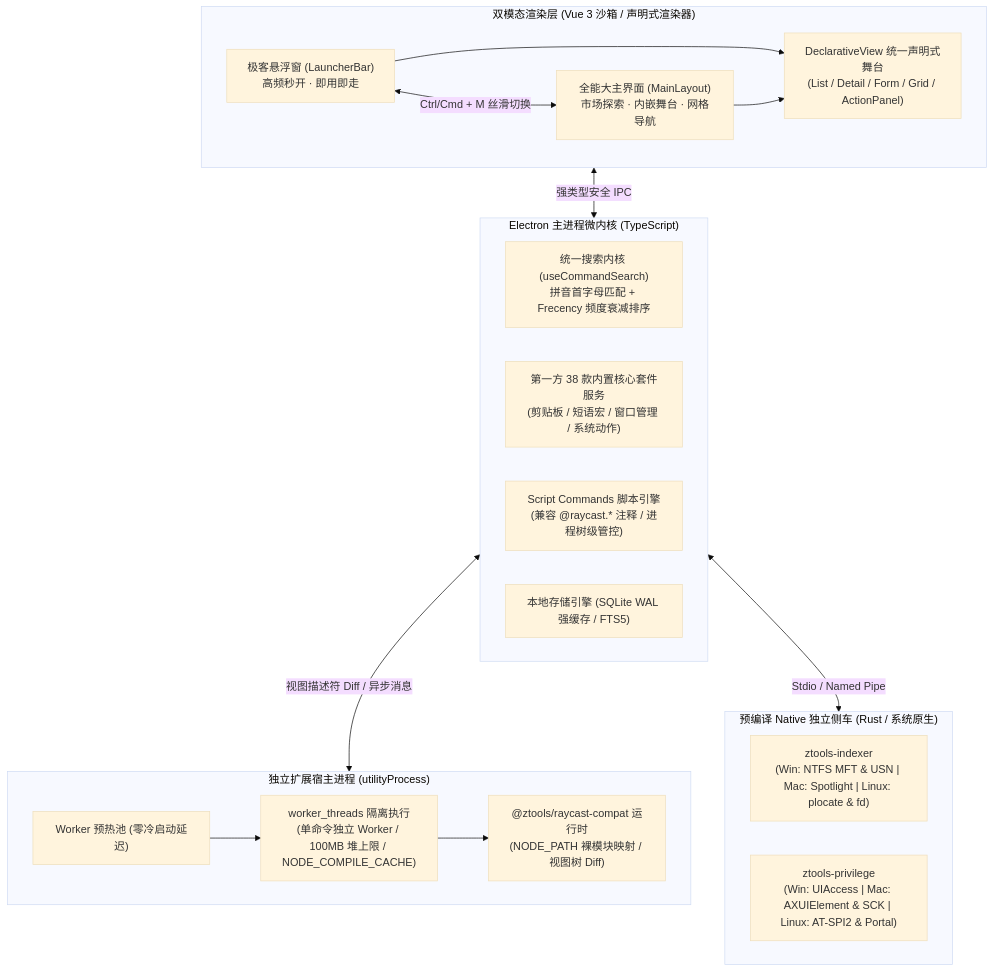
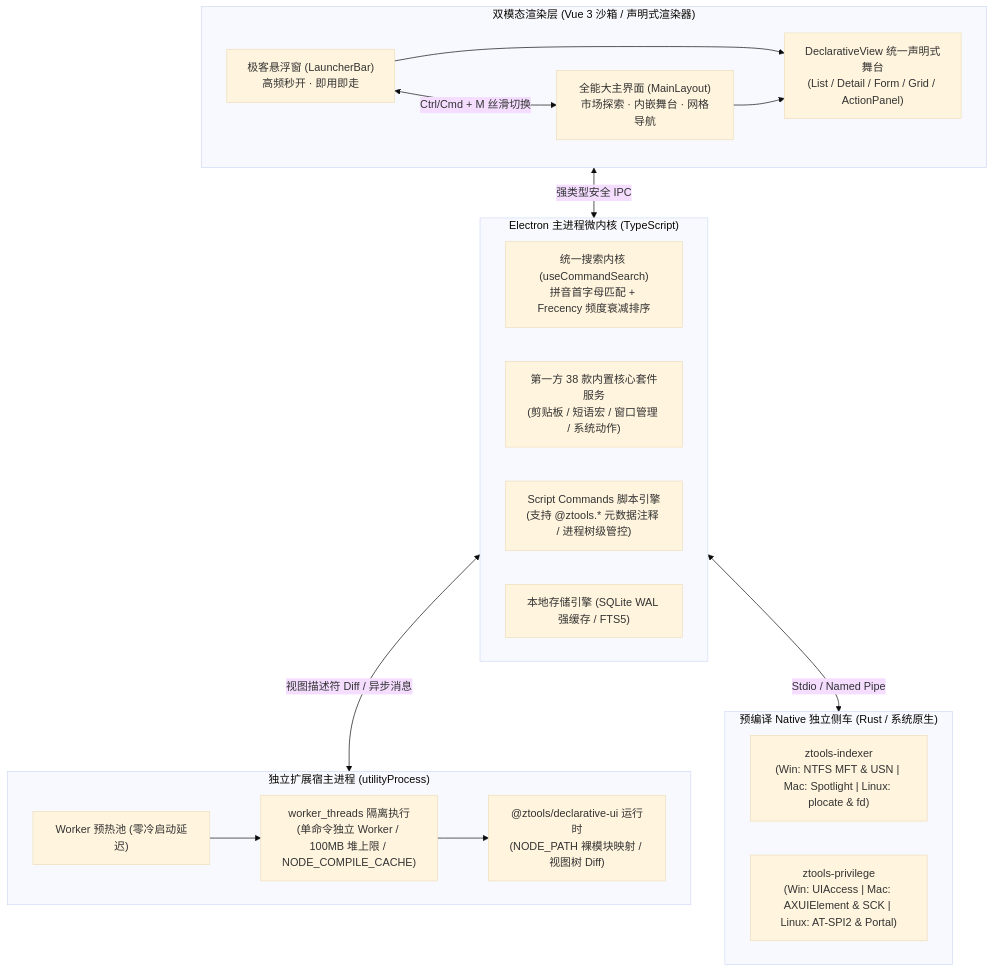
One commit to ZToolsTeam/ZTools changed the first of 2 diagrams in ROADMAP.md. Above: the diagram before and after it, drawn with Mermaid (base theme). The commit also changed other lines of this file and 91 other files, not shown here.

Commit message:
refactor: 规范包名为 @ztools/declarative-ui 并全面清理 raycast 依赖与公开文档

````diff
--- a/ROADMAP.md
+++ b/ROADMAP.md
@@ -48,33 +48,33 @@
 ```mermaid
 flowchart TB
     subgraph UI ["双模态渲染层 (Vue 3 沙箱 / 声明式渲染器)"]
         Launcher["极客悬浮窗 (LauncherBar)<br/>高频秒开 · 即用即走"]
         Dashboard["全能大主界面 (MainLayout)<br/>市场探索 · 内嵌舞台 · 网格导航"]
         Stage["DeclarativeView 统一声明式舞台<br/>(List / Detail / Form / Grid / ActionPanel)"]
         Launcher <-->|"Ctrl/Cmd + M 丝滑切换"| Dashboard
         Launcher & Dashboard --> Stage
     end
 
     subgraph Core ["Electron 主进程微内核 (TypeScript)"]
         Search["统一搜索内核 (useCommandSearch)<br/>拼音首字母匹配 + Frecency 频度衰减排序"]
         Builtins["第一方 38 款内置核心套件服务<br/>(剪贴板 / 短语宏 / 窗口管理 / 系统动作)"]
-        ScriptEngine["Script Commands 脚本引擎<br/>(兼容 @raycast.* 注释 / 进程树级管控)"]
+        ScriptEngine["Script Commands 脚本引擎<br/>(支持 @ztools.* 元数据注释 / 进程树级管控)"]
         SQLite["本地存储引擎 (SQLite WAL 强缓存 / FTS5)"]
     end
 
     subgraph ExtHost ["独立扩展宿主进程 (utilityProcess)"]
         Pool["Worker 预热池 (零冷启动延迟)"]
         Workers["worker_threads 隔离执行<br/>(单命令独立 Worker / 100MB 堆上限 / NODE_COMPILE_CACHE)"]
-        Compat["@ztools/raycast-compat 运行时<br/>(NODE_PATH 裸模块映射 / 视图树 Diff)"]
+        Compat["@ztools/declarative-ui 运行时<br/>(NODE_PATH 裸模块映射 / 视图树 Diff)"]
         Pool --> Workers --> Compat
     end
 
     subgraph Sidecar ["预编译 Native 独立侧车 (Rust / 系统原生)"]
         Indexer["ztools-indexer<br/>(Win: NTFS MFT & USN | Mac: Spotlight | Linux: plocate & fd)"]
         Privilege["ztools-privilege<br/>(Win: UIAccess | Mac: AXUIElement & SCK | Linux: AT-SPI2 & Portal)"]
     end
 
     UI <-->|"强类型安全 IPC"| Core
     Core <-->|"视图描述符 Diff / 异步消息"| ExtHost
     Core <-->|"Stdio / Named Pipe"| Sidecar
 ```
````
